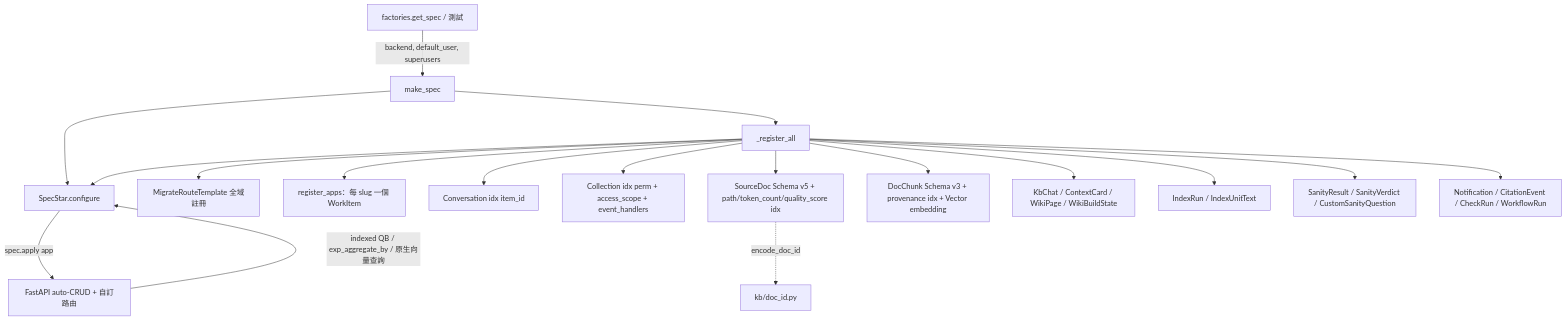
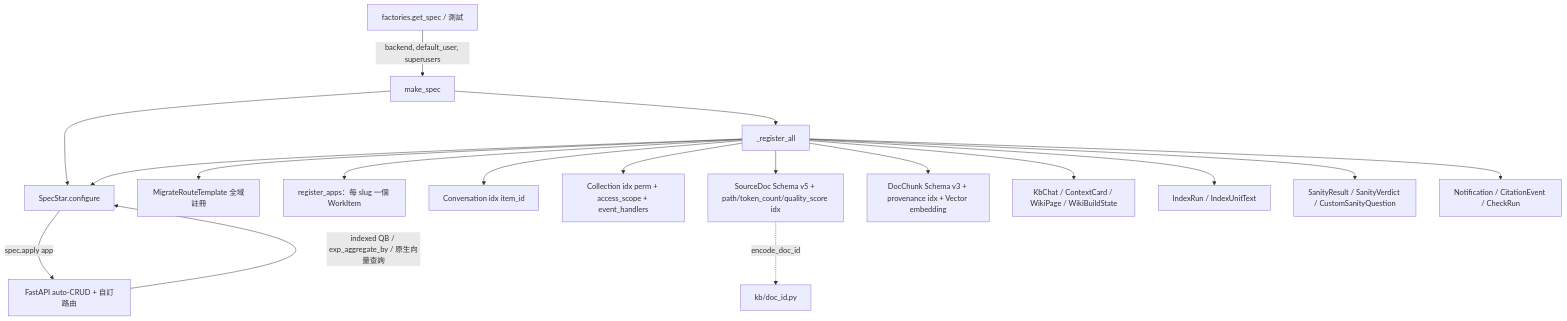
Before and after one commit to HYChou0515/ai-workspace: the diagram in docs/subsystems/data-layer.md, drawn with Mermaid. The commit also changed other lines of this file and 6 other files, not shown here.

````diff
--- a/docs/subsystems/data-layer.md
+++ b/docs/subsystems/data-layer.md
@@ -53,20 +53,20 @@
 ```mermaid
 flowchart TD
   F[factories.get_spec / 測試] -->|backend, default_user, superusers| MS[make_spec]
   MS --> SPEC[SpecStar.configure]
   MS --> RA[_register_all]
   RA --> MRT[MigrateRouteTemplate 全域註冊]
   RA --> RAP[register_apps：每 slug 一個 WorkItem]
   RA --> CONV[Conversation idx item_id]
   RA --> COL[Collection idx perm + access_scope + event_handlers]
   RA --> SD[SourceDoc Schema v5 + path/token_count/quality_score idx]
   RA --> DC[DocChunk Schema v3 + provenance idx + Vector embedding]
   RA --> KB[KbChat / ContextCard / WikiPage / WikiBuildState]
   RA --> IR[IndexRun / IndexUnitText]
   RA --> SAN[SanityResult / SanityVerdict / CustomSanityQuestion]
-  RA --> MISC[Notification / CitationEvent / CheckRun / WorkflowRun]
+  RA --> MISC[Notification / CitationEvent / CheckRun]
   SD -. encode_doc_id .-> DOCID[kb/doc_id.py]
   RA --> SPEC
   SPEC -->|spec.apply app| API[FastAPI auto-CRUD + 自訂路由]
   API -->|indexed QB / exp_aggregate_by / 原生向量查詢| SPEC
 ```
````
